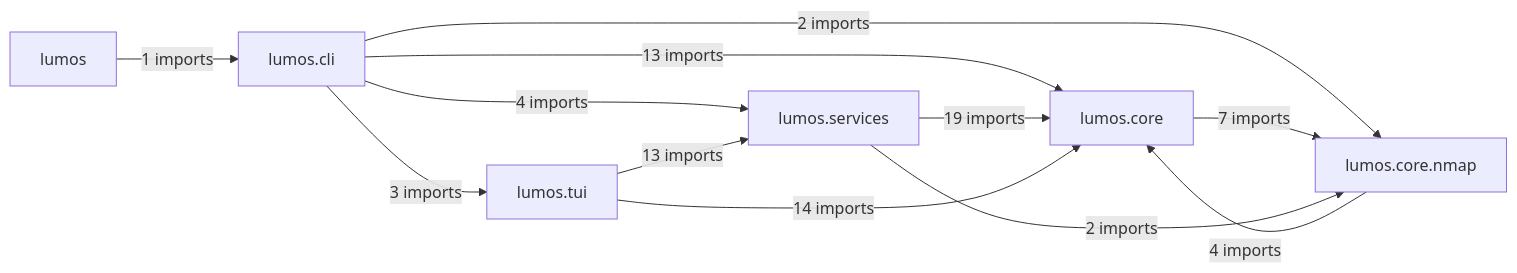
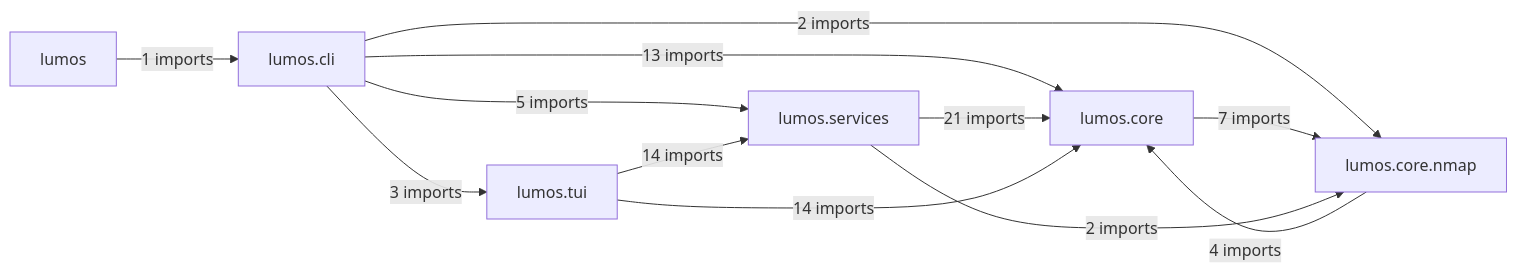
The diagram in docs/architecture/modules.md (lko47/lumos), drawn with Mermaid before and after one commit. The commit also changed other lines of this file and 7 other files, not shown here.

````diff
--- a/docs/architecture/modules.md
+++ b/docs/architecture/modules.md
@@ -7,20 +7,20 @@
 ```mermaid
 flowchart LR
     P0["lumos"]
     P1["lumos.cli"]
     P2["lumos.core"]
     P3["lumos.core.nmap"]
     P4["lumos.services"]
     P5["lumos.tui"]
     P0 -->|"1 imports"| P1
     P1 -->|"13 imports"| P2
     P1 -->|"2 imports"| P3
-    P1 -->|"4 imports"| P4
+    P1 -->|"5 imports"| P4
     P1 -->|"3 imports"| P5
     P2 -->|"7 imports"| P3
     P3 -->|"4 imports"| P2
-    P4 -->|"19 imports"| P2
+    P4 -->|"21 imports"| P2
     P4 -->|"2 imports"| P3
     P5 -->|"14 imports"| P2
-    P5 -->|"13 imports"| P4
+    P5 -->|"14 imports"| P4
 ```
````
